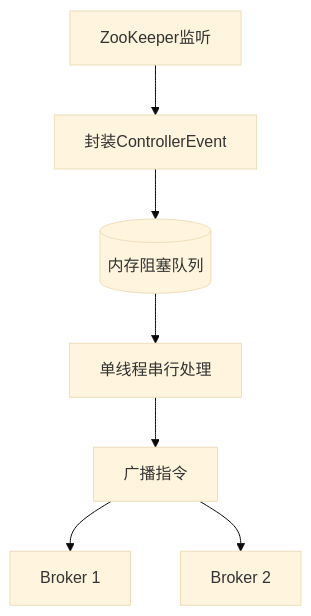
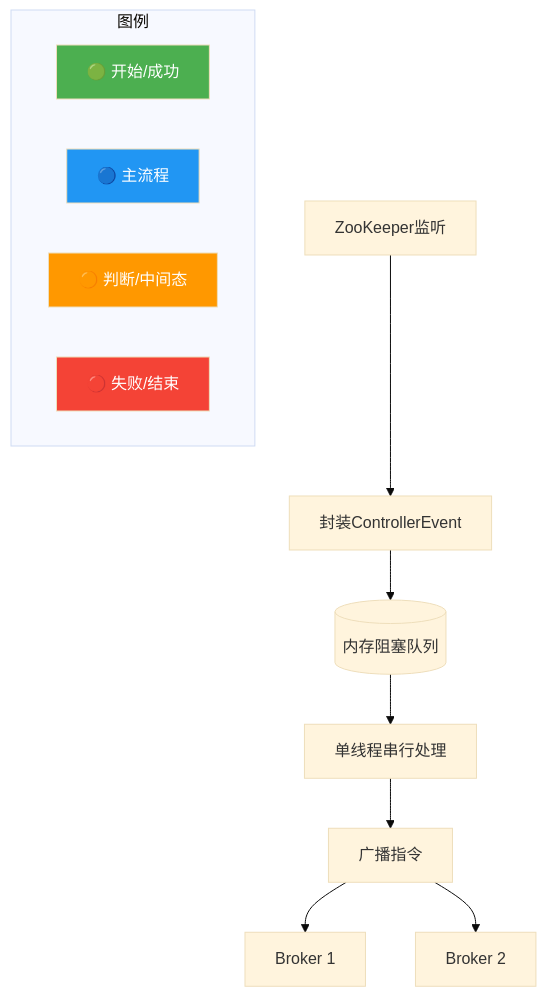
Before and after one commit to SunArthur86/interview-2026: the diagram in questions/middleware/mq-030.md, drawn with Mermaid (base theme). The commit also changed other lines of this file and 3180 other files, not shown here.

First line of the commit message:
Mermaid颜色增强99% + 面试频率分类(高频1571/中频1115/低频461)

````diff
--- a/questions/middleware/mq-030.md
+++ b/questions/middleware/mq-030.md
@@ -105,9 +106,29 @@
 ```mermaid
 flowchart TD
+    classDef start fill:#4CAF50,color:#fff
+    classDef process fill:#2196F3,color:#fff
+    classDef decision fill:#FF9800,color:#fff
+    classDef special fill:#9C27B0,color:#fff
+    classDef error fill:#f44336,color:#fff
+    classDef info fill:#607D8B,color:#fff
+    class Broadcast start
+    class Broker process
+    class Broker1 decision
+    class Broker2 special
+    class Event error
+    class Queue info
+    class Single start
+    class ZK process
     ZK[ZooKeeper监听] --> Event[封装ControllerEvent]
     Event --> Queue[(内存阻塞队列)]
     Queue --> Single[单线程串行处理]
     Single --> Broadcast[广播指令]
     Broadcast --> Broker1[Broker 1]
     Broadcast --> Broker2[Broker 2]
+    subgraph Legend["图例"]
+        L1["🟢 开始/成功"]:::start
+        L2["🔵 主流程"]:::process
+        L3["🟠 判断/中间态"]:::decision
+        L4["🔴 失败/结束"]:::error
+    end
 ```
````
